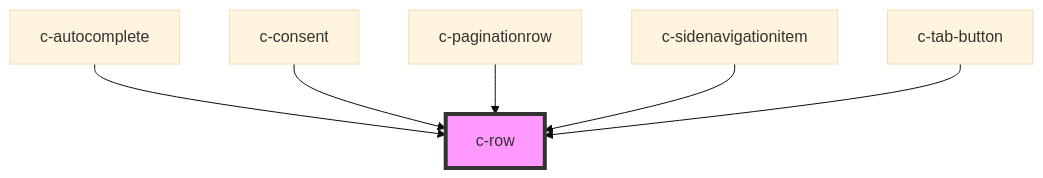
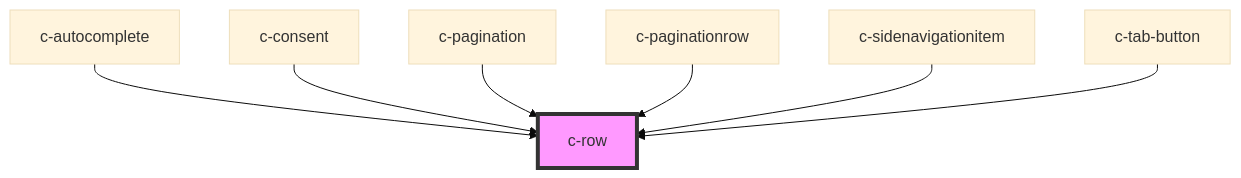
One commit to hannyle/csc-ui changed the diagram in src/components/row/readme.md. Above: the diagram before and after it, drawn with Mermaid (base theme). The commit also changed other lines of this file and 23 other files, not shown here.

````diff
--- a/src/components/row/readme.md
+++ b/src/components/row/readme.md
@@ -29,9 +30,10 @@
 ```mermaid
 graph TD;
   c-autocomplete --> c-row
   c-consent --> c-row
+  c-pagination --> c-row
   c-paginationrow --> c-row
   c-sidenavigationitem --> c-row
   c-tab-button --> c-row
   style c-row fill:#f9f,stroke:#333,stroke-width:4px
 ```
````
